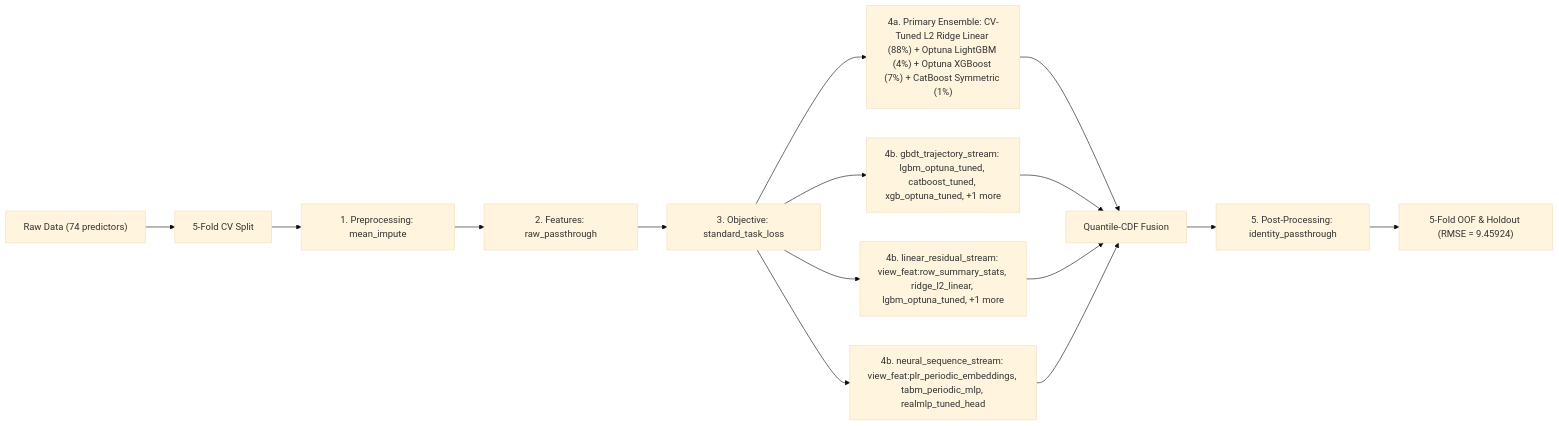
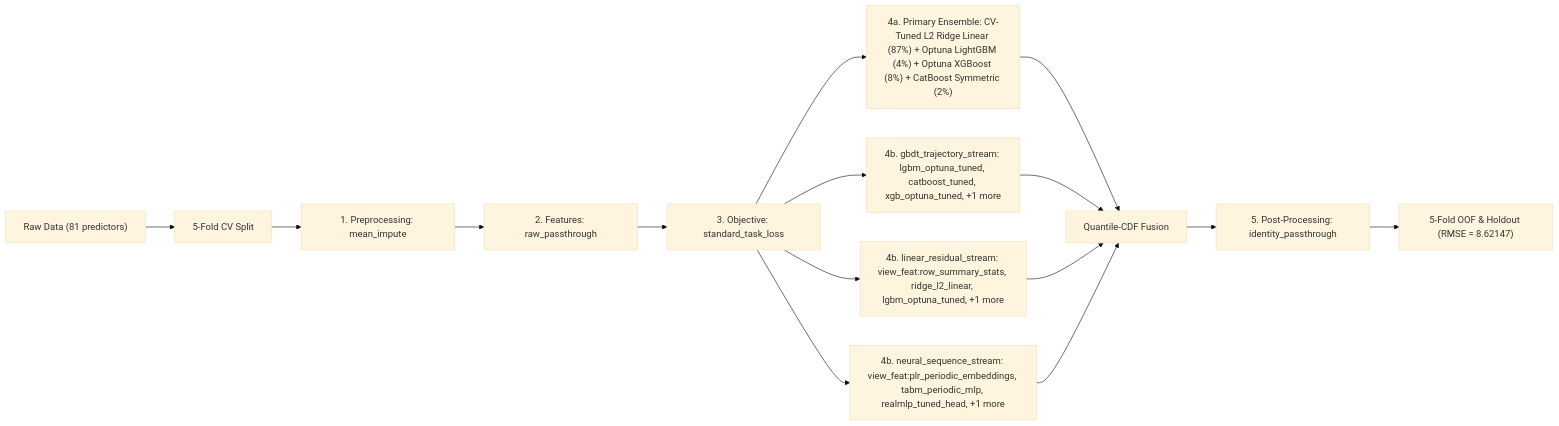
The diagram in README.md (stefanoclss/ROGII-Wellbore-Geology-Prediction), drawn with Mermaid (base theme) before and after one commit. The commit also changed other lines of this file, not shown here.

First line of the commit message:
docs(readme): refresh verified OOF benchmark & build ledger (RMSE=8.62147)

````diff
--- a/README.md
+++ b/README.md
@@ -73,17 +74,17 @@
 ```mermaid
 flowchart LR
-    DATA["Raw Data (74 predictors)"] --> SPLIT["5-Fold CV Split"]
+    DATA["Raw Data (81 predictors)"] --> SPLIT["5-Fold CV Split"]
     SPLIT --> PRE["1. Preprocessing: mean_impute"]
     PRE --> FEAT["2. Features: raw_passthrough"]
     FEAT --> OBJ["3. Objective: standard_task_loss"]
-    OBJ --> M0["4a. Primary Ensemble: CV-Tuned L2 Ridge Linear (88%) + Optuna LightGBM (4%) + Optuna XGBoost (7%) + CatBoost Symmetric (1%)"]
+    OBJ --> M0["4a. Primary Ensemble: CV-Tuned L2 Ridge Linear (87%) + Optuna LightGBM (4%) + Optuna XGBoost (8%) + CatBoost Symmetric (2%)"]
     M0 --> FUSE["Quantile-CDF Fusion"]
     OBJ --> S1["4b. gbdt_trajectory_stream: lgbm_optuna_tuned, catboost_tuned, xgb_optuna_tuned, +1 more"]
     S1 --> FUSE
     OBJ --> S2["4b. linear_residual_stream: view_feat:row_summary_stats, ridge_l2_linear, lgbm_optuna_tuned, +1 more"]
     S2 --> FUSE
-    OBJ --> S3["4b. neural_sequence_stream: view_feat:plr_periodic_embeddings, tabm_periodic_mlp, realmlp_tuned_head"]
+    OBJ --> S3["4b. neural_sequence_stream: view_feat:plr_periodic_embeddings, tabm_periodic_mlp, realmlp_tuned_head, +1 more"]
     S3 --> FUSE
     FUSE --> POST["5. Post-Processing: identity_passthrough"]
-    POST --> OUT["5-Fold OOF & Holdout (RMSE = 9.45924)"]
+    POST --> OUT["5-Fold OOF & Holdout (RMSE = 8.62147)"]
 ```
````
